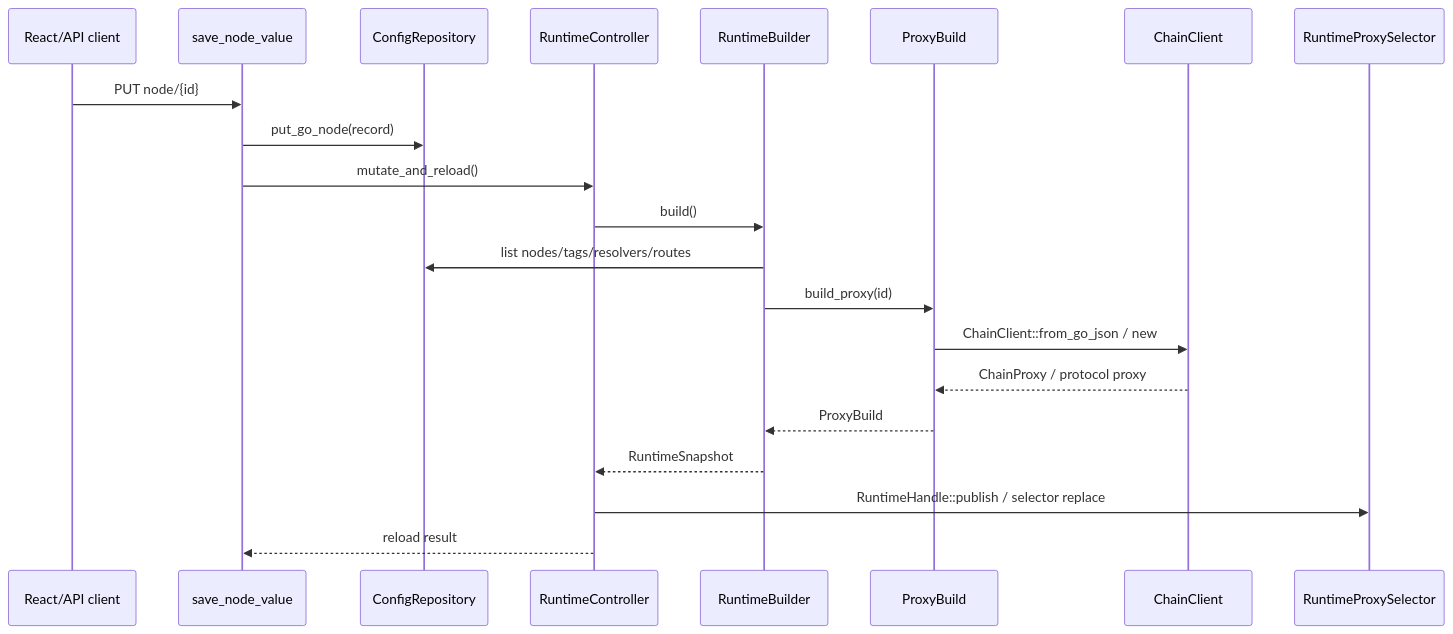
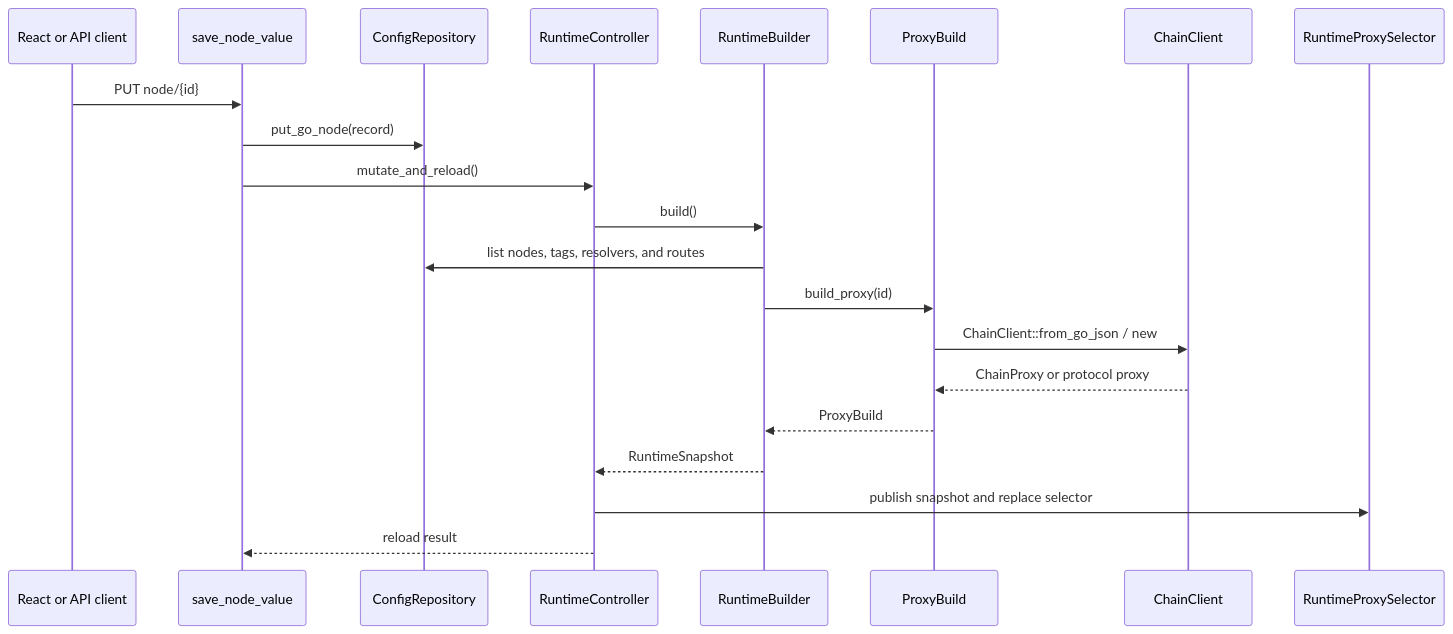
Before and after one commit to yuhaiin/doradus: the tenth of 11 diagrams in docs/ARCHITECTURE.md, drawn with Mermaid. The commit also changed other lines of this file and 9 other files, not shown here.

````diff
--- a/docs/ARCHITECTURE.md
+++ b/docs/ARCHITECTURE.md
@@ -1475,24 +848,24 @@
-```mermaid
+~~~mermaid
 sequenceDiagram
-    participant UI as React/API client
+    participant UI as React or API client
     participant API as save_node_value
     participant REP as ConfigRepository
     participant CTRL as RuntimeController
     participant BUILDER as RuntimeBuilder
     participant PB as ProxyBuild
     participant CHAIN as ChainClient
     participant SLOT as RuntimeProxySelector
 
     UI->>API: PUT node/{id}
     API->>REP: put_go_node(record)
     API->>CTRL: mutate_and_reload()
     CTRL->>BUILDER: build()
-    BUILDER->>REP: list nodes/tags/resolvers/routes
+    BUILDER->>REP: list nodes, tags, resolvers, and routes
     BUILDER->>PB: build_proxy(id)
     PB->>CHAIN: ChainClient::from_go_json / new
-    CHAIN-->>PB: ChainProxy / protocol proxy
+    CHAIN-->>PB: ChainProxy or protocol proxy
     PB-->>BUILDER: ProxyBuild
     BUILDER-->>CTRL: RuntimeSnapshot
-    CTRL->>SLOT: RuntimeHandle::publish / selector replace
+    CTRL->>SLOT: publish snapshot and replace selector
     CTRL-->>API: reload result
-```
+~~~
````
